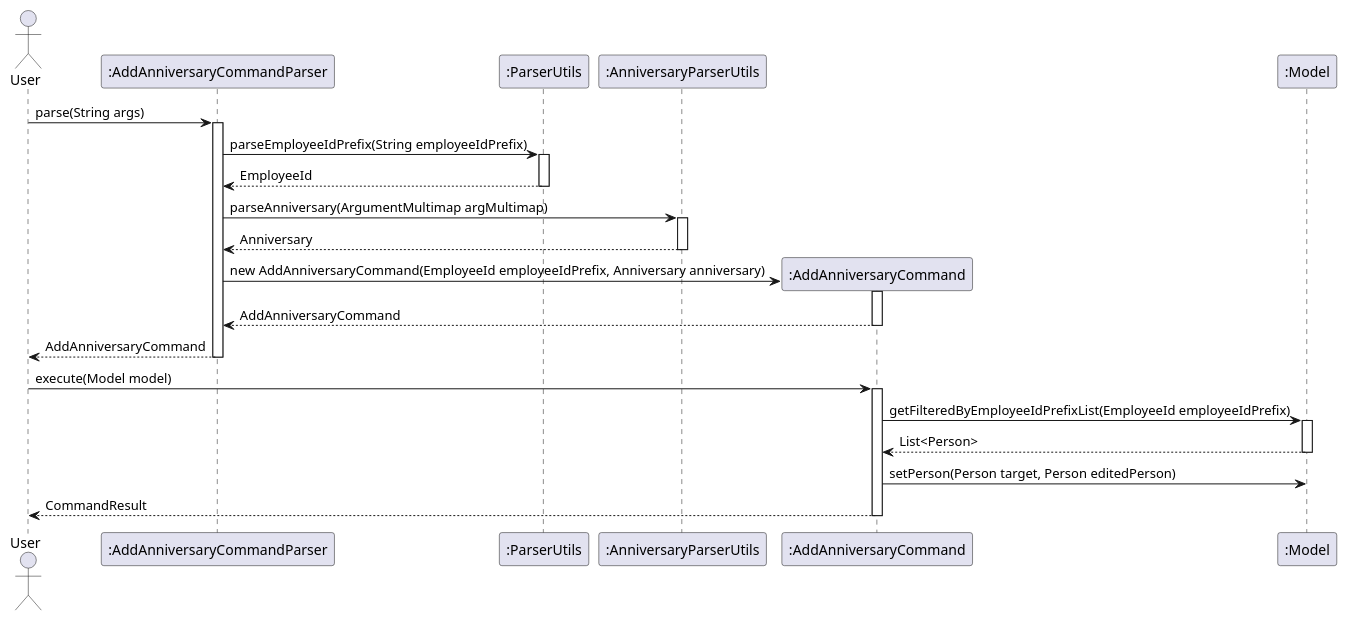
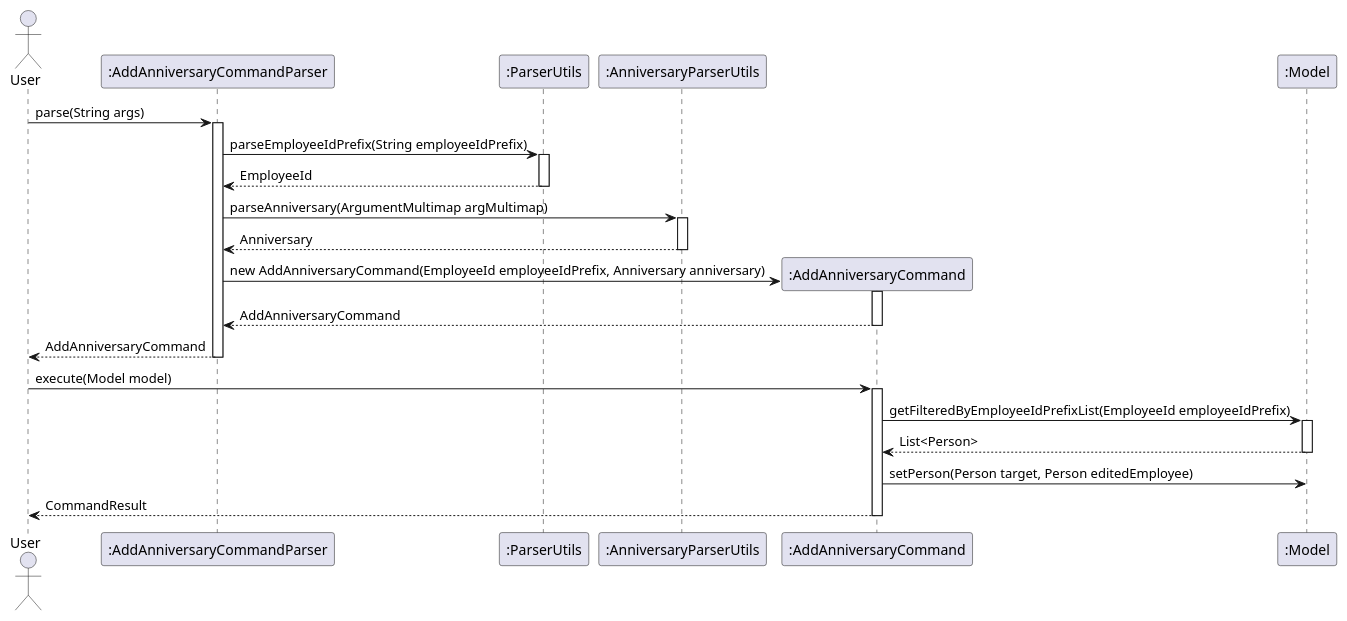
The diagram in docs/diagrams/AddAnniversaryCommandSequenceDiagram.puml (kimseunghyun-kr/tp), drawn with PlantUML before and after one commit. The commit also changed 91 other files, not shown here.

Commit message:
Refactor Person to Employee

```diff
--- a/docs/diagrams/AddAnniversaryCommandSequenceDiagram.puml
+++ b/docs/diagrams/AddAnniversaryCommandSequenceDiagram.puml
@@ -1,36 +1,36 @@
 @startuml
 actor User as U
 participant ":AddAnniversaryCommandParser" as AACP
 participant ":ParserUtils" as PU
 participant ":AnniversaryParserUtils" as APU
 participant ":AddAnniversaryCommand" as AAC
 participant ":Model" as M
 
 
 U -> AACP: parse(String args)
 activate AACP
 AACP -> PU : parseEmployeeIdPrefix(String employeeIdPrefix)
 activate PU
 PU --> AACP: EmployeeId
 deactivate PU
 AACP -> APU: parseAnniversary(ArgumentMultimap argMultimap)
 activate APU
 APU --> AACP: Anniversary
 deactivate APU
 create AAC
 AACP -> AAC : new AddAnniversaryCommand(EmployeeId employeeIdPrefix, Anniversary anniversary)
 Activate AAC
 return AddAnniversaryCommand
 AACP --> U : AddAnniversaryCommand
 deactivate AACP
 
 U -> AAC: execute(Model model)
 activate AAC
 AAC -> M : getFilteredByEmployeeIdPrefixList(EmployeeId employeeIdPrefix)
 activate M
 M --> AAC : List<Person>
 deactivate M
-AAC -> M : setPerson(Person target, Person editedPerson)
+AAC -> M : setPerson(Person target, Person editedEmployee)
 return CommandResult
 
 @enduml
```
